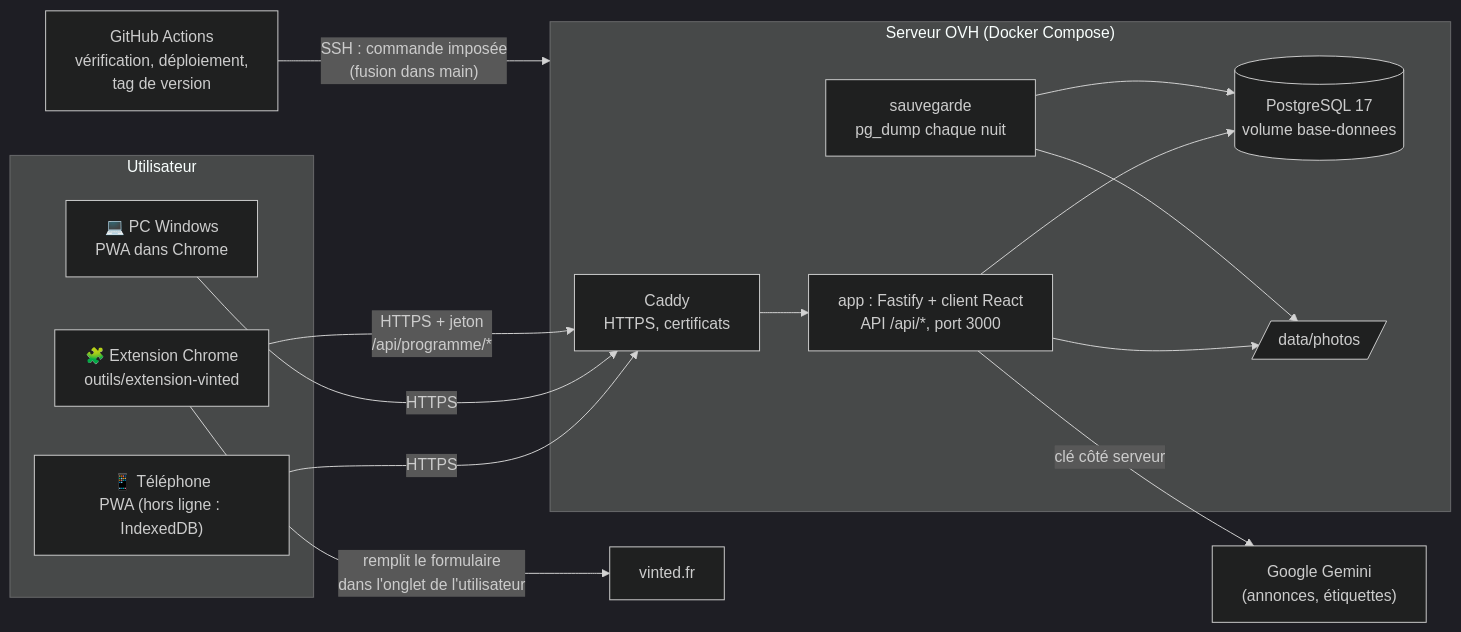
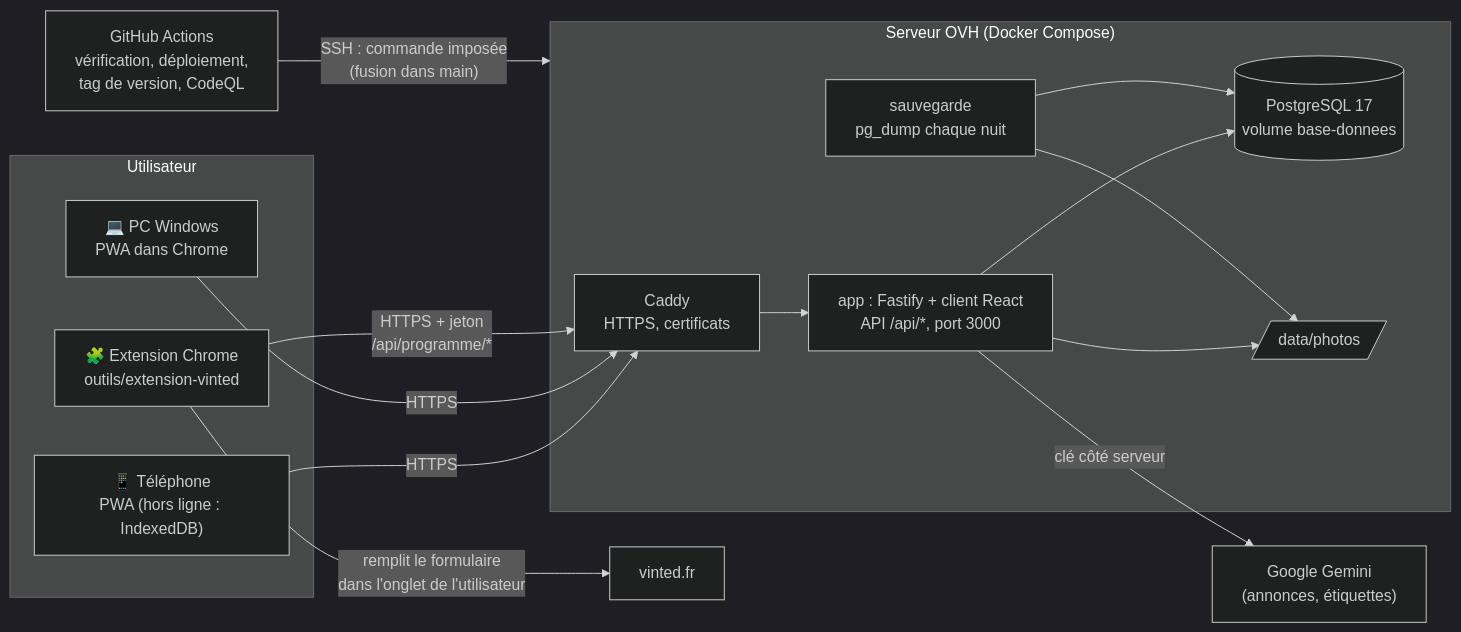
The first of 3 diagrams in docs/architecture.md (Plossec/Vinted-Helper), drawn with Mermaid (dark theme) before and after one commit. The commit also changed other lines of this file and 10 other files, not shown here.

````diff
--- a/docs/architecture.md
+++ b/docs/architecture.md
@@ -10,32 +10,32 @@
 ```mermaid
 flowchart LR
   subgraph Utilisateur
     tel["📱 Téléphone<br/>PWA (hors ligne : IndexedDB)"]
     pc["💻 PC Windows<br/>PWA dans Chrome"]
     ext["🧩 Extension Chrome<br/>outils/extension-vinted"]
   end
 
   subgraph OVH["Serveur OVH (Docker Compose)"]
     caddy["Caddy<br/>HTTPS, certificats"]
     app["app : Fastify + client React<br/>API /api/*, port 3000"]
     db[("PostgreSQL 17<br/>volume base-donnees")]
     photos[/"data/photos"/]
     sauv["sauvegarde<br/>pg_dump chaque nuit"]
   end
 
   gemini["Google Gemini<br/>(annonces, étiquettes)"]
   vinted["vinted.fr"]
-  gh["GitHub Actions<br/>vérification, déploiement,<br/>tag de version"]
+  gh["GitHub Actions<br/>vérification, déploiement,<br/>tag de version, CodeQL"]
 
   tel -- HTTPS --> caddy
   pc -- HTTPS --> caddy
   ext -- "HTTPS + jeton<br/>/api/programme/*" --> caddy
   caddy --> app
   app --> db
   app --> photos
   sauv --> db
   sauv --> photos
   app -- "clé côté serveur" --> gemini
   ext -- "remplit le formulaire<br/>dans l'onglet de l'utilisateur" --> vinted
   gh -- "SSH : commande imposée<br/>(fusion dans main)" --> OVH
 ```
````
